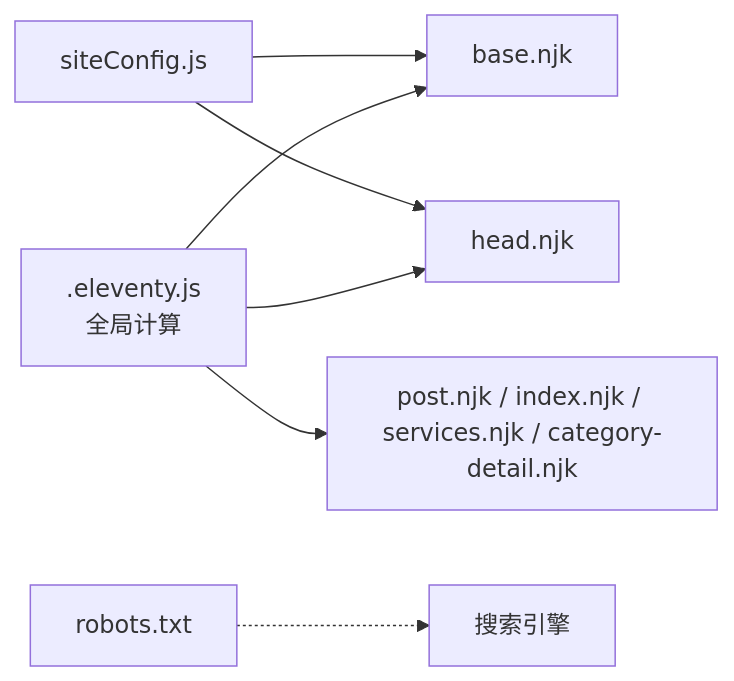
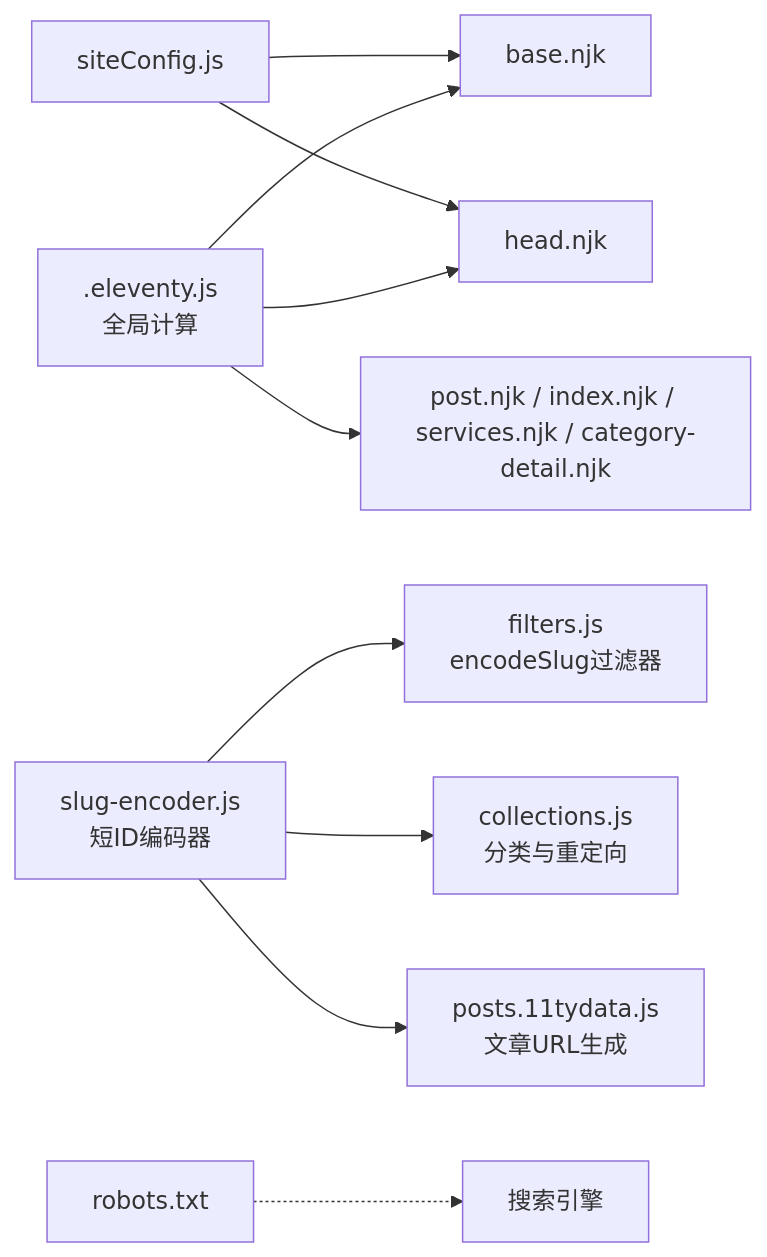
One commit to FXnadu/rainyNight-11ty changed the third of 3 diagrams in .qoder/repowiki/zh/content/最佳实践与示例/SEO优化指南.md. Above: the diagram before and after it, drawn with Mermaid. The commit also changed other lines of this file and 79 other files, not shown here.

````diff
--- a/.qoder/repowiki/zh/content/最佳实践与示例/SEO优化指南.md
+++ b/.qoder/repowiki/zh/content/最佳实践与示例/SEO优化指南.md
@@ -243,9 +314,12 @@
 ```mermaid
 graph LR
 CFG["siteConfig.js"] --> LAYOUT["base.njk"]
 CFG --> HEAD["head.njk"]
 DATA[".eleventy.js<br/>全局计算"] --> LAYOUT
 DATA --> HEAD
 DATA --> TPL["post.njk / index.njk / services.njk / category-detail.njk"]
+ENC["slug-encoder.js<br/>短ID编码器"] --> FILTERS["filters.js<br/>encodeSlug过滤器"]
+ENC --> COLLECTIONS["collections.js<br/>分类与重定向"]
+ENC --> POSTS["posts.11tydata.js<br/>文章URL生成"]
 ROB["robots.txt"] -.-> SE["搜索引擎"]
 ```
````
